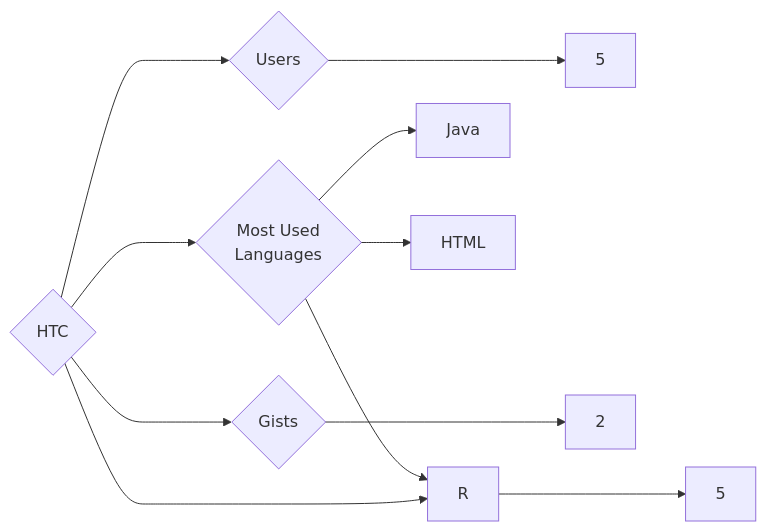
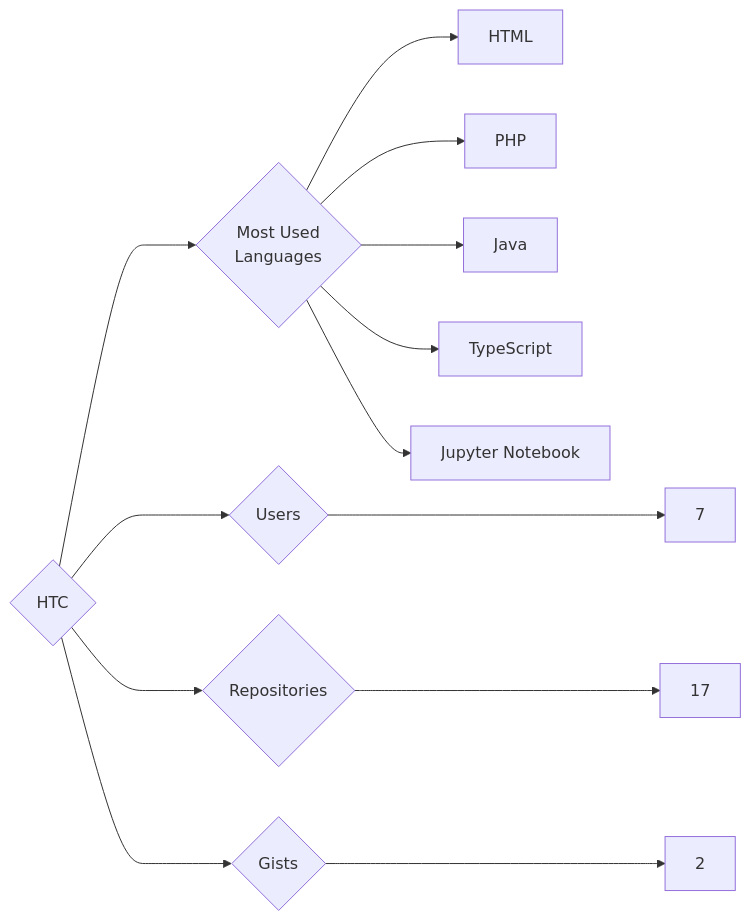
One commit to trickest/insiders changed the diagram in targets/HTC/README.md. Above: the diagram before and after it, drawn with Mermaid. The commit also changed 1212 other files, not shown here.

````diff
--- a/targets/HTC/README.md
+++ b/targets/HTC/README.md
@@ -3,11 +3,13 @@
 ```mermaid
 graph LR
 COMPANY_NAME{HTC}
-COMPANY_NAME ---> U{Users} ---> UN[5]
-COMPANY_NAME ---> R{Repositories} ---> RN[5]
+COMPANY_NAME ---> U{Users} ---> UN[7]
+COMPANY_NAME ---> R{Repositories} ---> RN[17]
 COMPANY_NAME ---> G{Gists} ---> GN[2]
 COMPANY_NAME ---> ML{Most Used<br>Languages}
+ML --> HTML[HTML]
+ML --> PHP[PHP]
 ML --> Java[Java]
-ML --> R[R]
-ML --> HTML[HTML]
+ML --> TypeScript[TypeScript]
+ML --> Jupyter_Notebook[Jupyter Notebook]
 ```
````
